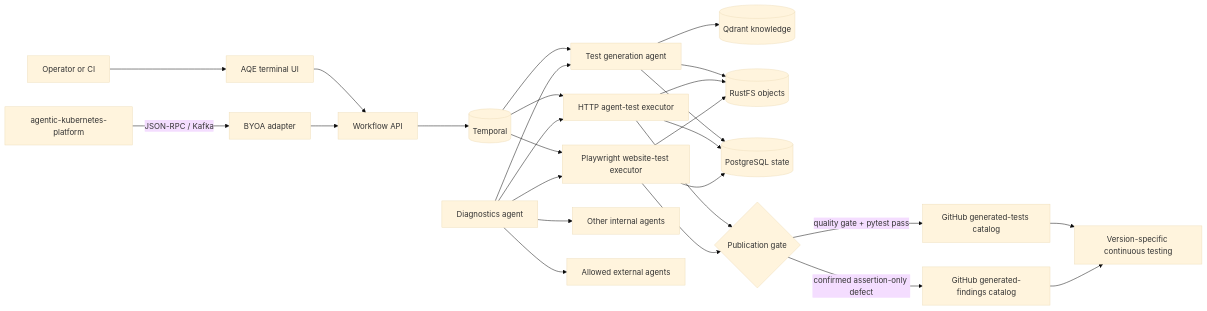
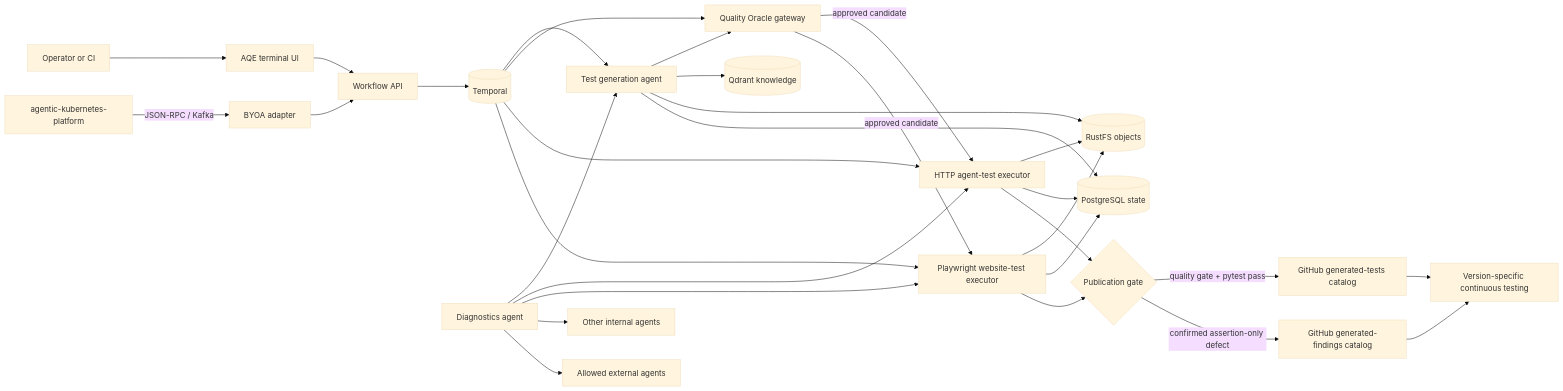
One commit to sqe/AQE changed the first of 17 diagrams in docs/architecture.md. Above: the diagram before and after it, drawn with Mermaid (base theme). The commit also changed other lines of this file and 57 other files, not shown here.

````diff
--- a/docs/architecture.md
+++ b/docs/architecture.md
@@ -10,29 +10,33 @@
 ```mermaid
 flowchart LR
     Operator[Operator or CI] --> UI[AQE terminal UI]
     Platform[agentic-kubernetes-platform] -->|JSON-RPC / Kafka| BYOA[BYOA adapter]
     UI --> WorkflowAPI[Workflow API]
     BYOA --> WorkflowAPI
     WorkflowAPI --> Temporal[(Temporal)]
     Temporal --> Generator[Test generation agent]
+    Temporal --> Oracle[Quality Oracle gateway]
+    Generator --> Oracle
+    Oracle -->|approved candidate| AgentExecutor
+    Oracle -->|approved candidate| WebExecutor
     Temporal --> AgentExecutor[HTTP agent-test executor]
     Temporal --> WebExecutor[Playwright website-test executor]
     Diagnostics[Diagnostics agent] --> Generator
     Diagnostics --> AgentExecutor
     Diagnostics --> WebExecutor
     Diagnostics --> Internal[Other internal agents]
     Diagnostics --> External[Allowed external agents]
     Generator --> Qdrant[(Qdrant knowledge)]
     Generator --> RustFS[(RustFS objects)]
     AgentExecutor --> RustFS
     WebExecutor --> RustFS
     Generator --> PostgreSQL[(PostgreSQL state)]
     AgentExecutor --> PostgreSQL
     WebExecutor --> PostgreSQL
     AgentExecutor --> Promotion{Publication gate}
     WebExecutor --> Promotion
     Promotion -->|quality gate + pytest pass| GreenCatalog[GitHub generated-tests catalog]
     Promotion -->|confirmed assertion-only defect| FindingCatalog[GitHub generated-findings catalog]
     GreenCatalog --> CT[Version-specific continuous testing]
     FindingCatalog --> CT
 ```
````
